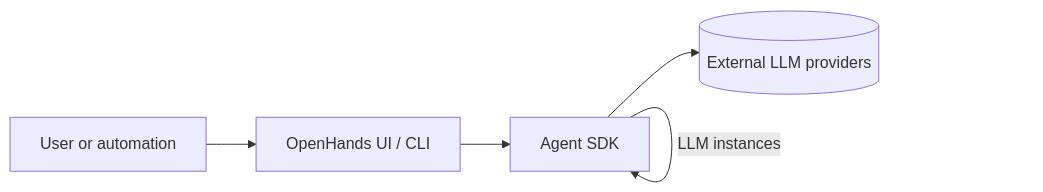
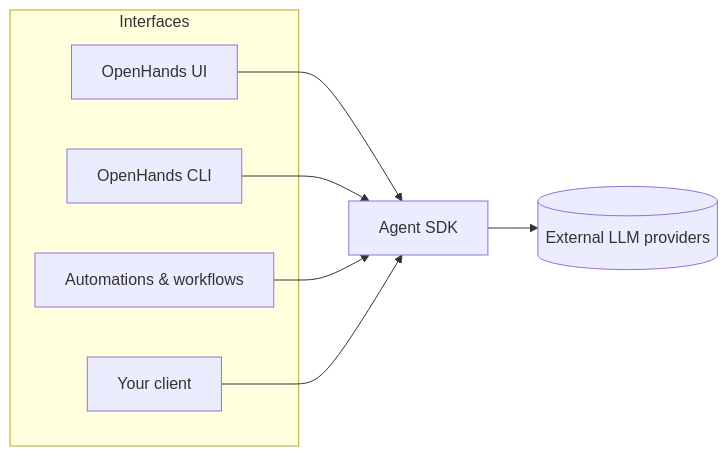
Before and after one commit to OpenHands/docs: the diagram in sdk/llms/index.mdx, drawn with Mermaid.

Commit message:
Redraw LLM client flow diagram

````diff
--- a/sdk/llms/index.mdx
+++ b/sdk/llms/index.mdx
@@ -20,12 +20,18 @@
 ```mermaid
 graph LR
-    User[User or automation]
-    UI[OpenHands UI / CLI]
+    subgraph Interfaces
+        UI[OpenHands UI]
+        CLI[OpenHands CLI]
+        Automation[Automations & workflows]
+        Custom[Your client]
+    end
+
     SDK[Agent SDK]
     LLMService[(External LLM providers)]
 
-    User --> UI
     UI --> SDK
-    SDK -->|LLM instances| SDK
+    CLI --> SDK
+    Automation --> SDK
+    Custom --> SDK
     SDK --> LLMService
 ```
````
